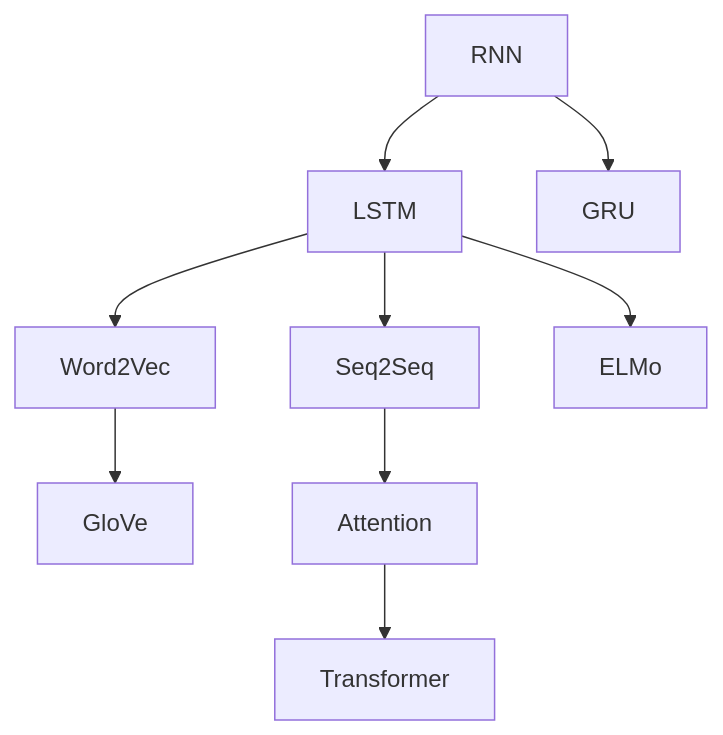
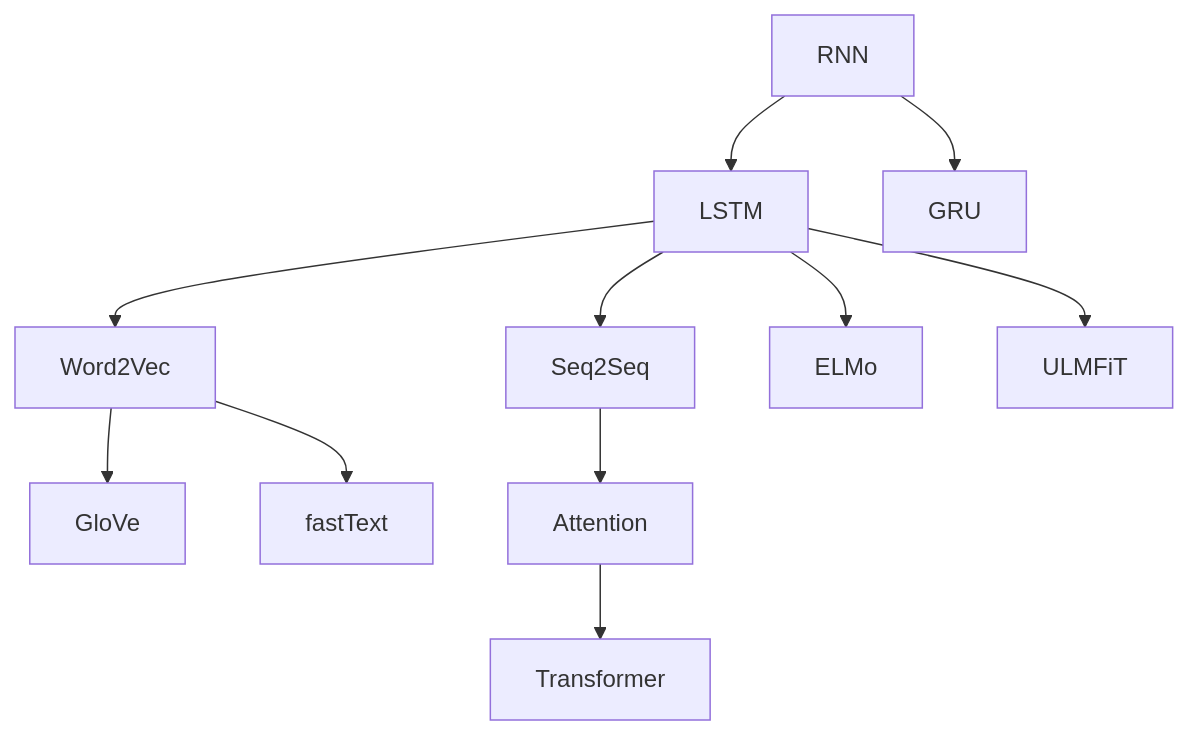
One commit to ted-sharp/chatvox changed the second of 13 diagrams in doc/llm.md. Above: the diagram before and after it, drawn with Mermaid. The commit also changed other lines of this file, not shown here.

````diff
--- a/doc/llm.md
+++ b/doc/llm.md
@@ -75,8 +75,10 @@
 ```mermaid
 flowchart
 
 RNN --> LSTM --> Word2Vec --> GloVe
+Word2Vec --> fastText
 LSTM --> Seq2Seq --> Attention --> Transformer
 RNN --> GRU
 LSTM --> ELMo
+LSTM --> ULMFiT
 ```
````
